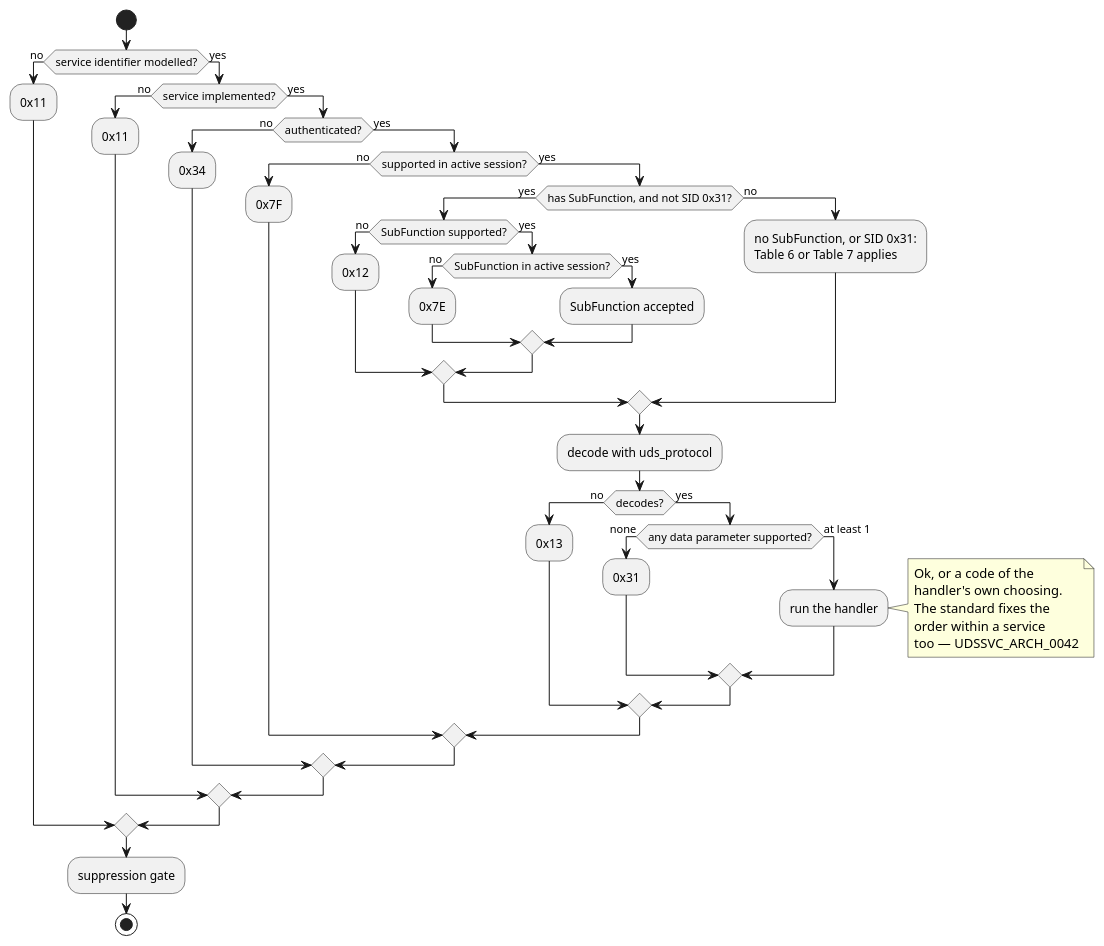
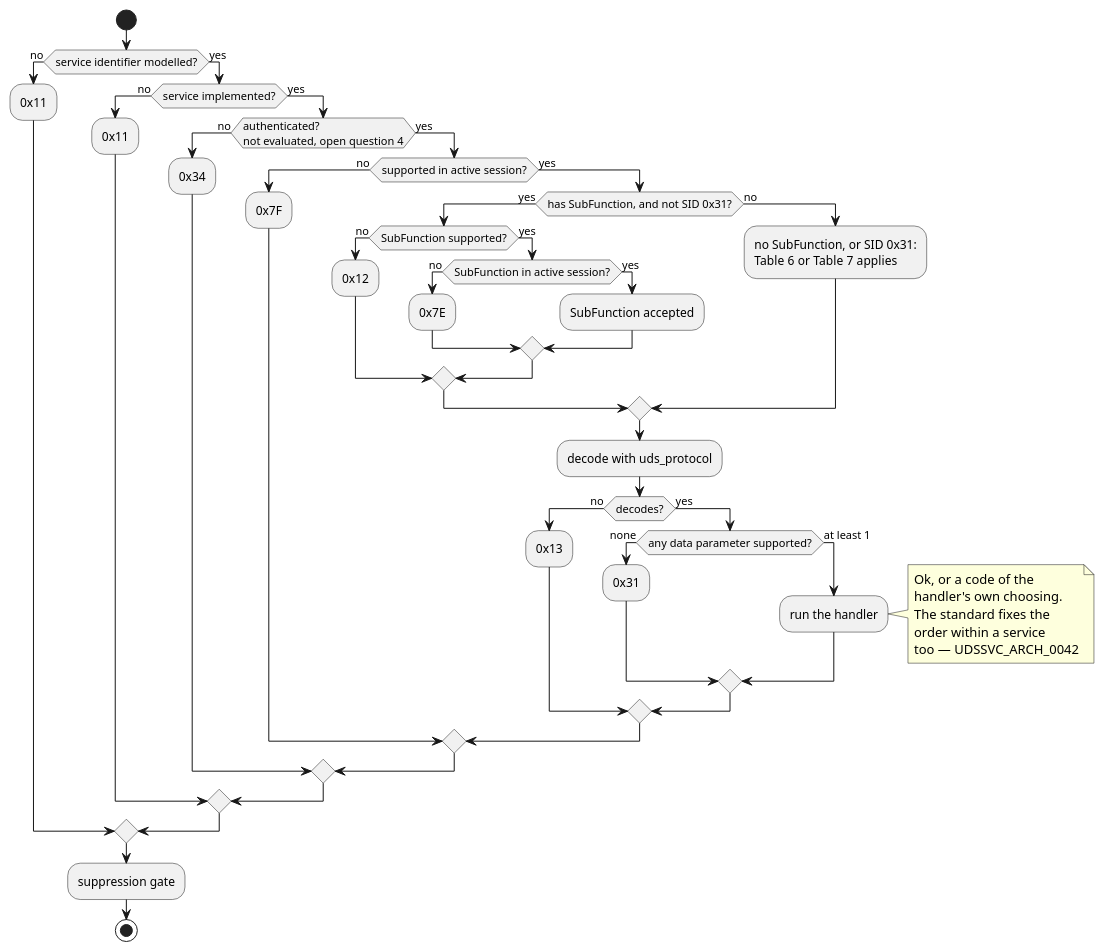
The second of 3 diagrams in docs/architecture/dispatch.rst (luminartech/uds_stack), drawn with PlantUML before and after one commit. The commit also changed other lines of this file and 9 other files, not shown here.

```diff
--- a/docs/architecture/dispatch.rst
+++ b/docs/architecture/dispatch.rst
@@ -72,57 +72,57 @@
 .. uml::
    :align: center
    :caption: The mandatory path. Optional and manufacturer-specific checks
              (``UDSSVC_ARCH_0011``) are omitted; each attaches at a stated position.
 
    @startuml
    start
    if (service identifier modelled?) then (no)
      :0x11; <<negative>>
    else (yes)
      if (service implemented?) then (no)
        :0x11; <<negative>>
      else (yes)
-       if (authenticated?) then (no)
+       if (authenticated?\nnot evaluated, open question 4) then (no)
          :0x34; <<negative>>
        else (yes)
          if (supported in active session?) then (no)
            :0x7F; <<negative>>
          else (yes)
            if (has SubFunction, and not SID 0x31?) then (yes)
              if (SubFunction supported?) then (no)
                :0x12; <<negative>>
              else (yes)
                if (SubFunction in active session?) then (no)
                  :0x7E; <<negative>>
                else (yes)
                  :SubFunction accepted;
                endif
              endif
            else (no)
              :no SubFunction, or SID 0x31:
              Table 6 or Table 7 applies;
            endif
            :decode with uds_protocol;
            if (decodes?) then (no)
              :0x13; <<negative>>
            else (yes)
              if (any data parameter supported?) then (none)
                :0x31; <<negative>>
              else (at least 1)
                :run the handler;
                note right
                  Ok, or a code of the
                  handler's own choosing.
                  The standard fixes the
                  order within a service
                  too — UDSSVC_ARCH_0042
                end note
              endif
            endif
          endif
        endif
      endif
    endif
    :suppression gate;
    stop
    @enduml
```
